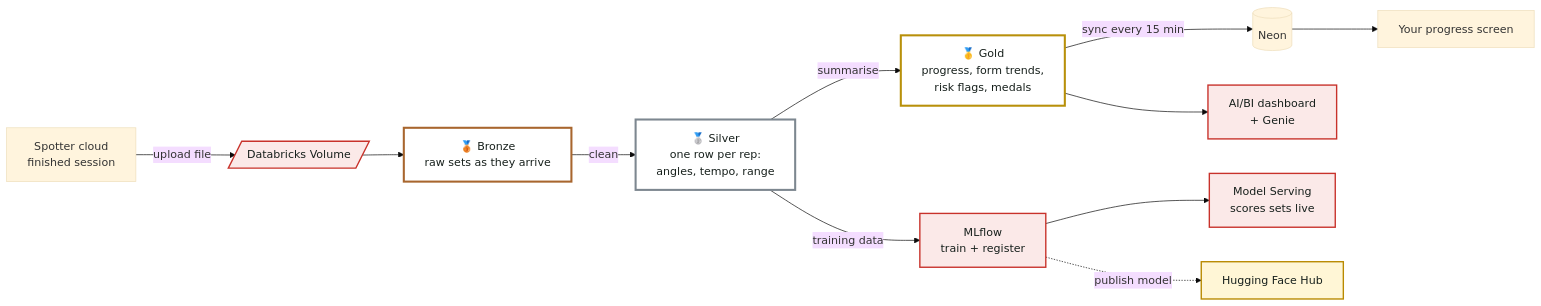
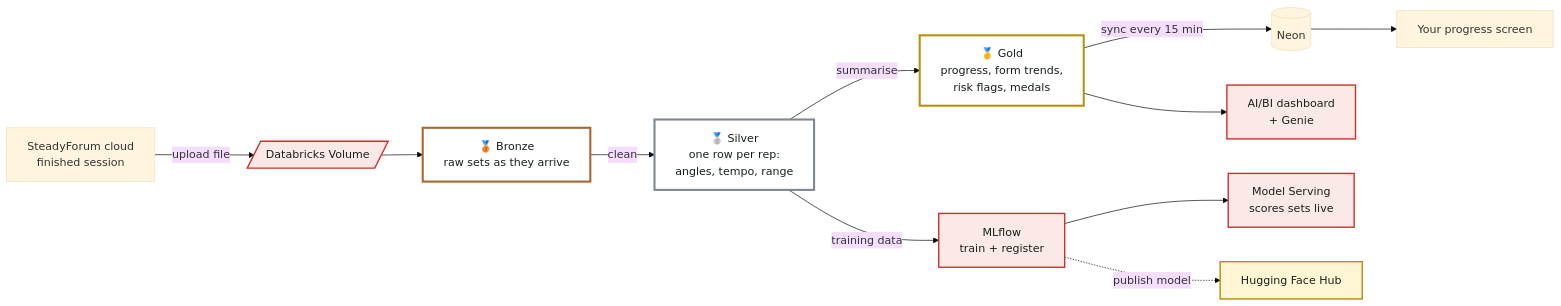
Diagram 13 of 17 in Architecture.md (Del0m/KnightHacks2026), drawn with Mermaid (base theme) before and after one commit. The commit also changed other lines of this file and 176 other files, not shown here.

Commit message:
Rename project to SteadyForum and add full verification CI

````diff
--- a/Architecture.md
+++ b/Architecture.md
@@ -598,23 +598,23 @@
 ```mermaid
 flowchart LR
-    API["Spotter cloud<br/>finished session"] -- "upload file" --> VOL[/"Databricks Volume"/]
+    API["SteadyForum cloud<br/>finished session"] -- "upload file" --> VOL[/"Databricks Volume"/]
     VOL --> BR["🥉 Bronze<br/>raw sets as they arrive"]
     BR -- "clean" --> SV["🥈 Silver<br/>one row per rep:<br/>angles, tempo, range"]
     SV -- "summarise" --> GD["🥇 Gold<br/>progress, form trends,<br/>risk flags, medals"]
     GD -- "sync every 15 min" --> NEON[("Neon")] --> APP["Your progress screen"]
     SV -- "training data" --> ML["MLflow<br/>train + register"]
     ML --> SERVE["Model Serving<br/>scores sets live"]
     ML -. "publish model" .-> HUB["Hugging Face Hub"]
     GD --> DASH["AI/BI dashboard<br/>+ Genie"]
 
     classDef bronze fill:#ffffff,stroke:#a8662e,stroke-width:3px,color:#17201c
     classDef silver fill:#ffffff,stroke:#7d8790,stroke-width:3px,color:#17201c
     classDef gold fill:#ffffff,stroke:#b8900a,stroke-width:3px,color:#17201c
     classDef dbx fill:#fbe9e8,stroke:#c8322b,stroke-width:2px,color:#17201c
     classDef hf fill:#fff6d6,stroke:#b98a00,stroke-width:2px,color:#17201c
     class BR bronze
     class SV silver
     class GD gold
     class ML,SERVE,DASH,VOL dbx
     class HUB hf
 ```
````
